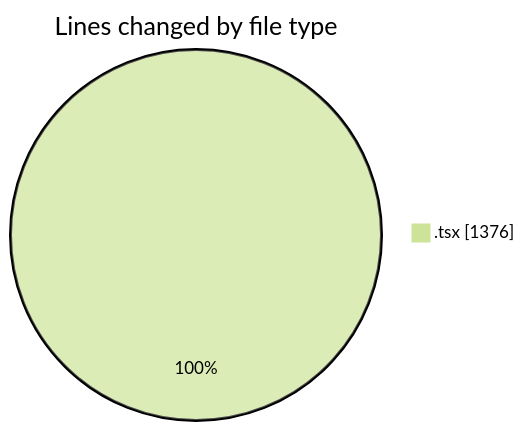
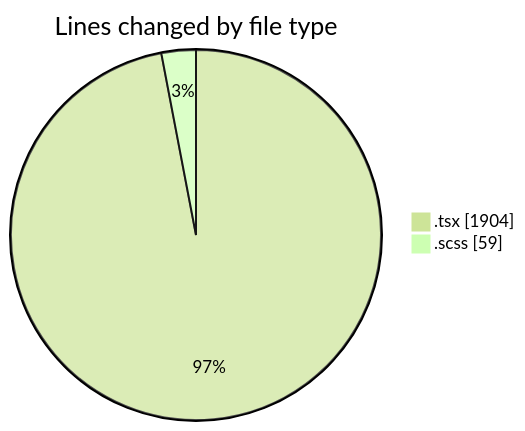
The first of 2 diagrams in 2026-09-10/cda/README.md (momahboobian/code-tracking), drawn with Mermaid (forest theme) before and after one commit. The commit also changed other lines of this file and 1 other file, not shown here.

````diff
--- a/2026-09-10/cda/README.md
+++ b/2026-09-10/cda/README.md
@@ -25,5 +29,6 @@
 ```mermaid
 pie showData
 title Lines changed by file type
-".tsx" : 1376
+".tsx" : 1904
+".scss" : 59
 ```
````
